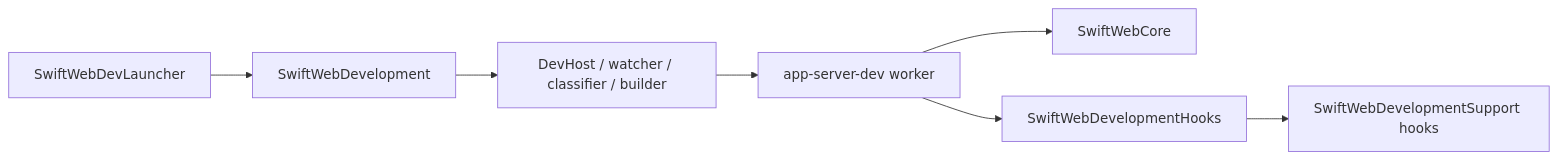
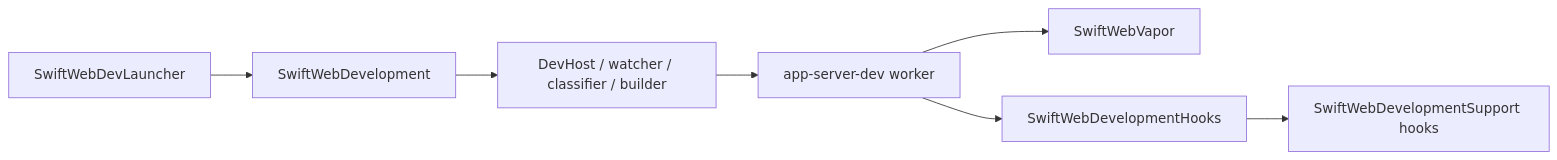
Before and after one commit to 1amageek/swift-web: the fifth of 6 diagrams in Sources/SwiftWebDevelopment/README.md, drawn with Mermaid. The commit also changed other lines of this file and 62 other files, not shown here.

````diff
--- a/Sources/SwiftWebDevelopment/README.md
+++ b/Sources/SwiftWebDevelopment/README.md
@@ -105,9 +105,9 @@
 ```mermaid
 flowchart LR
   A["SwiftWebDevLauncher"] --> B["SwiftWebDevelopment"]
   B --> C["DevHost / watcher / classifier / builder"]
   C --> D["app-server-dev worker"]
-  D --> E["SwiftWebCore"]
+  D --> E["SwiftWebVapor"]
   D --> F["SwiftWebDevelopmentHooks"]
   F --> G["SwiftWebDevelopmentSupport hooks"]
 ```
````
